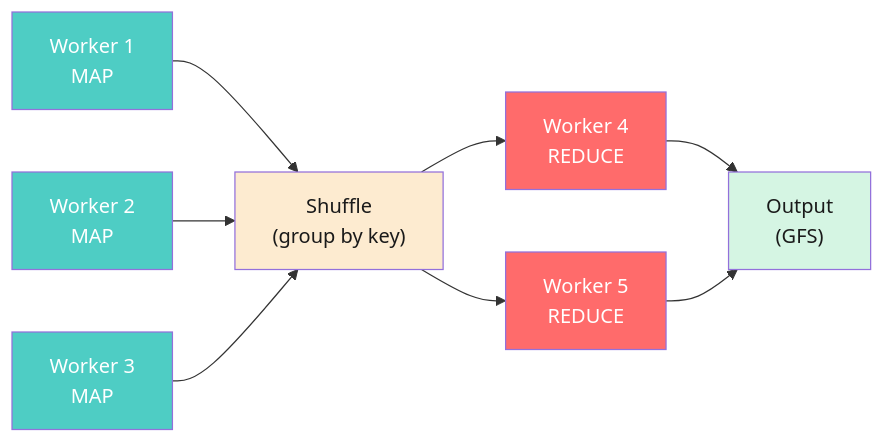
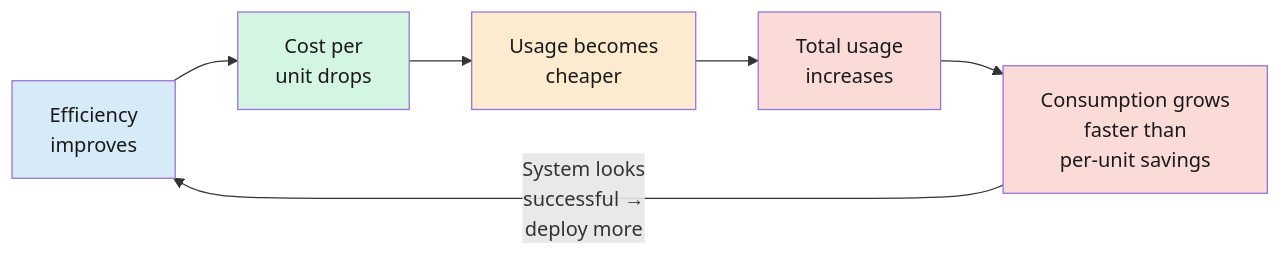
Before and after one commit to neu-pdi/CS3100-Spring-2026: the diagram in lecture-slides-spertus/l37-recent-topics.mdx, drawn with Mermaid. The commit also changed other lines of this file and 3 other files, not shown here.

````diff
--- a/lecture-slides-spertus/l37-recent-topics.mdx
+++ b/lecture-slides-spertus/l37-recent-topics.mdx
@@ -1011,18 +906,14 @@
 ```mermaid
 graph LR
-    W1["Worker 1<br/>MAP"] --> SHUFFLE["Shuffle<br/>(group by key)"]
-    W2["Worker 2<br/>MAP"] --> SHUFFLE
-    W3["Worker 3<br/>MAP"] --> SHUFFLE
-    SHUFFLE --> R1["Worker 4<br/>REDUCE"]
-    SHUFFLE --> R2["Worker 5<br/>REDUCE"]
-    R1 --> OUTPUT["Output<br/>(GFS)"]
-    R2 --> OUTPUT
+    A["Efficiency<br/>improves"] --> B["Cost per<br/>unit drops"]
+    B --> C["Usage becomes<br/>cheaper"]
+    C --> D["Total usage<br/>increases"]
+    D --> E["Consumption grows<br/>faster than<br/>per-unit savings"]
+    E -->|"System looks<br/>successful →<br/>deploy more"| A
 
-    style W1 fill:#4ECDC4,color:white
-    style W2 fill:#4ECDC4,color:white
-    style W3 fill:#4ECDC4,color:white
-    style SHUFFLE fill:#FDEBD0,color:#1a1a1a
-    style R1 fill:#FF6B6B,color:white
-    style R2 fill:#FF6B6B,color:white
-    style OUTPUT fill:#D5F5E3,color:#1a1a1a
+    style A fill:#D6EAF8,color:#1a1a1a
+    style B fill:#D5F5E3,color:#1a1a1a
+    style C fill:#FDEBD0,color:#1a1a1a
+    style D fill:#FADBD8,color:#1a1a1a
+    style E fill:#FADBD8,color:#1a1a1a
 ```
````
